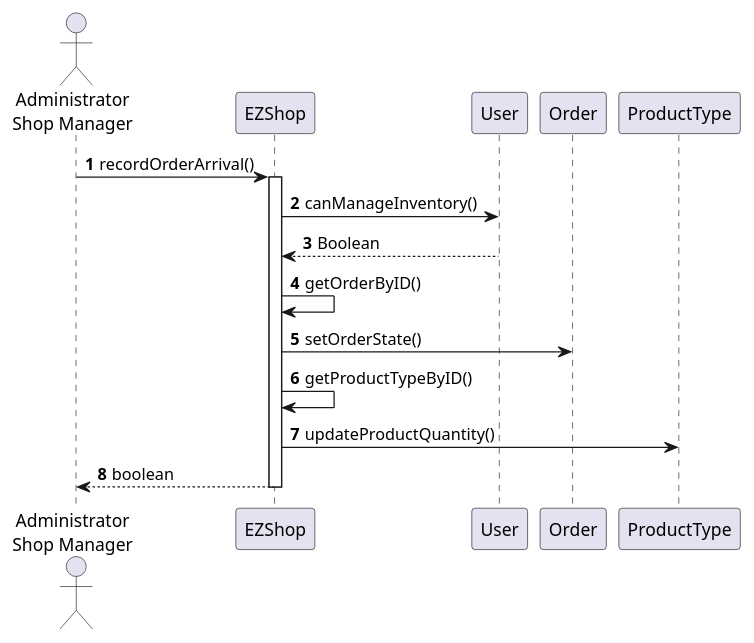
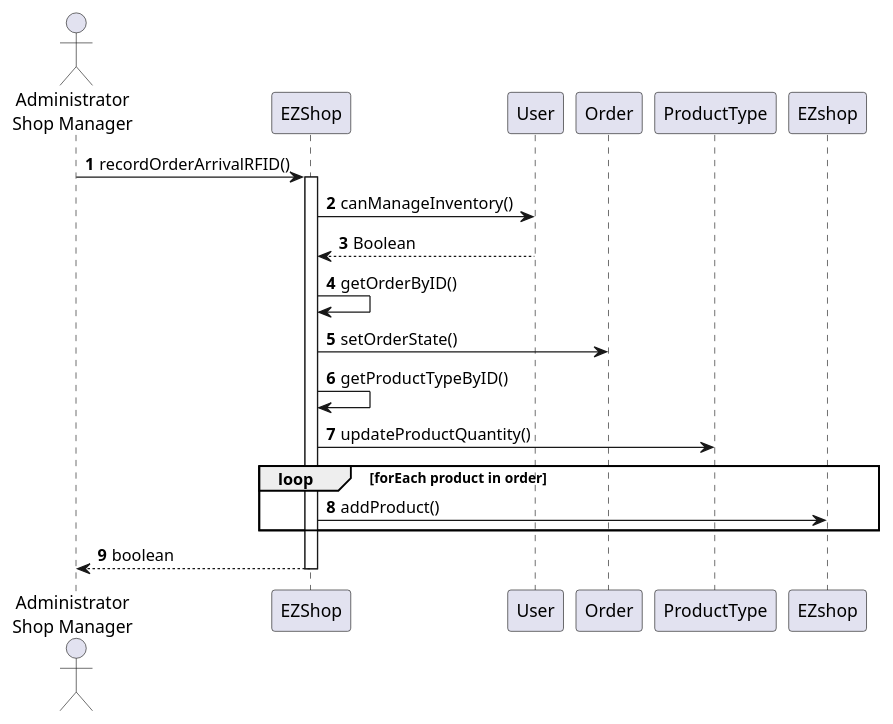
Before and after one commit to gioele-scaletta/EZShop-Software-Engineering-Project: the tenth of 20 diagrams in Deliverables/DesignDocument.md, drawn with PlantUML. The commit also changed other lines of this file and 2 other files, not shown here.

````diff
--- a/Deliverables/DesignDocument.md
+++ b/Deliverables/DesignDocument.md
@@ -391,15 +398,18 @@
 ```plantuml
 actor "Administrator\nShop Manager" as user
 autonumber
 
-user->EZShop : recordOrderArrival()
+user->EZShop : recordOrderArrivalRFID()
 activate EZShop
 EZShop->User : canManageInventory()
 User --> EZShop : Boolean
 EZShop->EZShop : getOrderByID()
 EZShop->Order : setOrderState()
 EZShop->EZShop : getProductTypeByID()
 EZShop->ProductType : updateProductQuantity()
+loop forEach product in order
+    EZShop->EZshop : addProduct()
+end
 EZShop --> user: boolean
 deactivate EZShop
 ```
````
